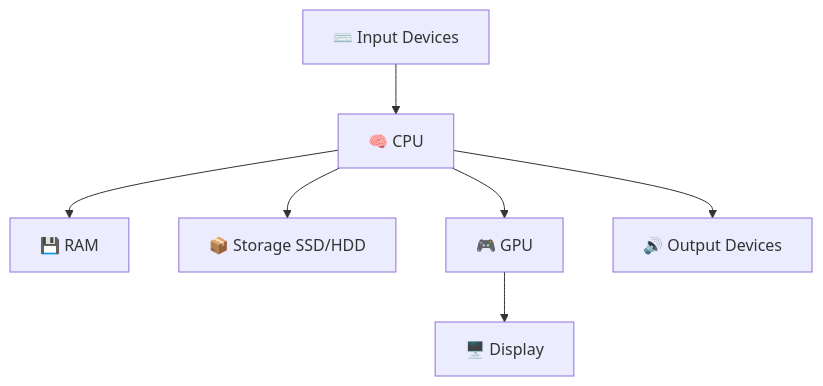
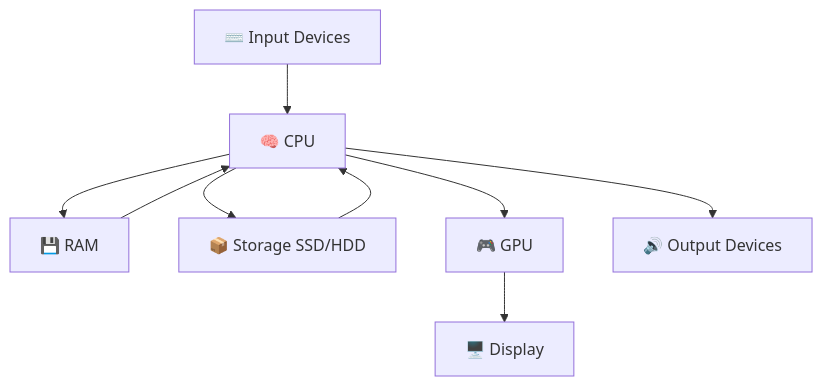
One commit to BasharAlwarad/Software_Engineering_course changed the diagram in README.md. Above: the diagram before and after it, drawn with Mermaid. The commit also changed other lines of this file, not shown here.

Commit message:
adding routes

````diff
--- a/README.md
+++ b/README.md
@@ -94,9 +94,11 @@
 ```mermaid
 graph TD
     A[⌨️ Input Devices] --> B[🧠 CPU]
     B --> C[💾 RAM]
+    C --> B
     B --> D[📦 Storage SSD/HDD]
+    D --> B
     B --> E[🎮 GPU]
     E --> F[🖥️ Display]
     B --> G[🔊 Output Devices]
 ```
````
